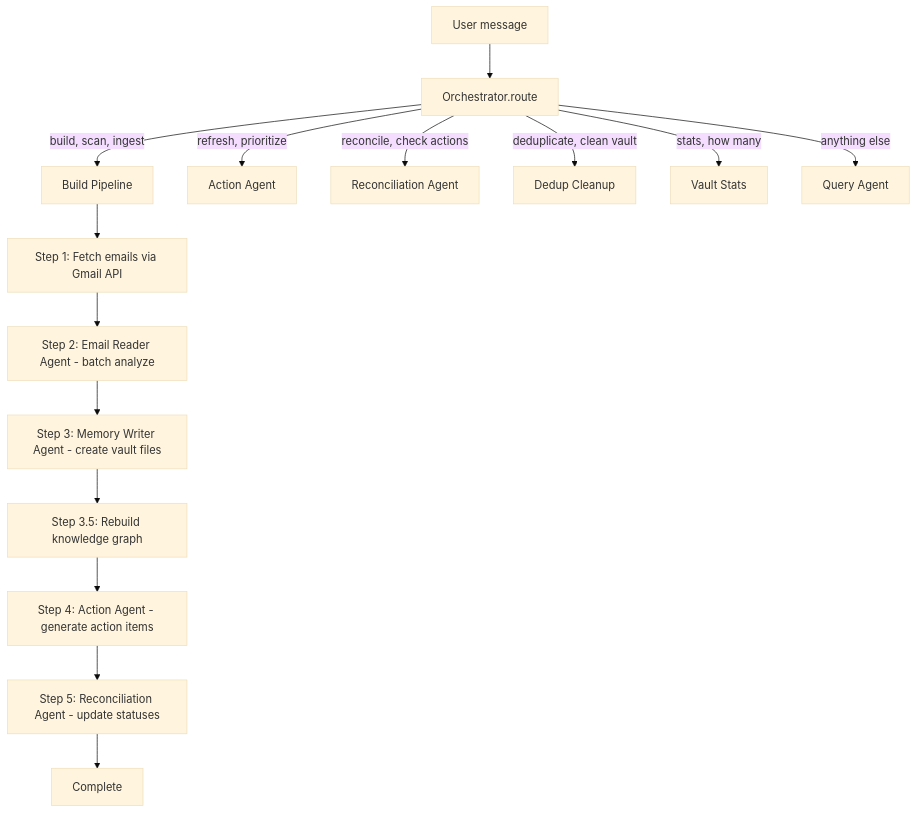
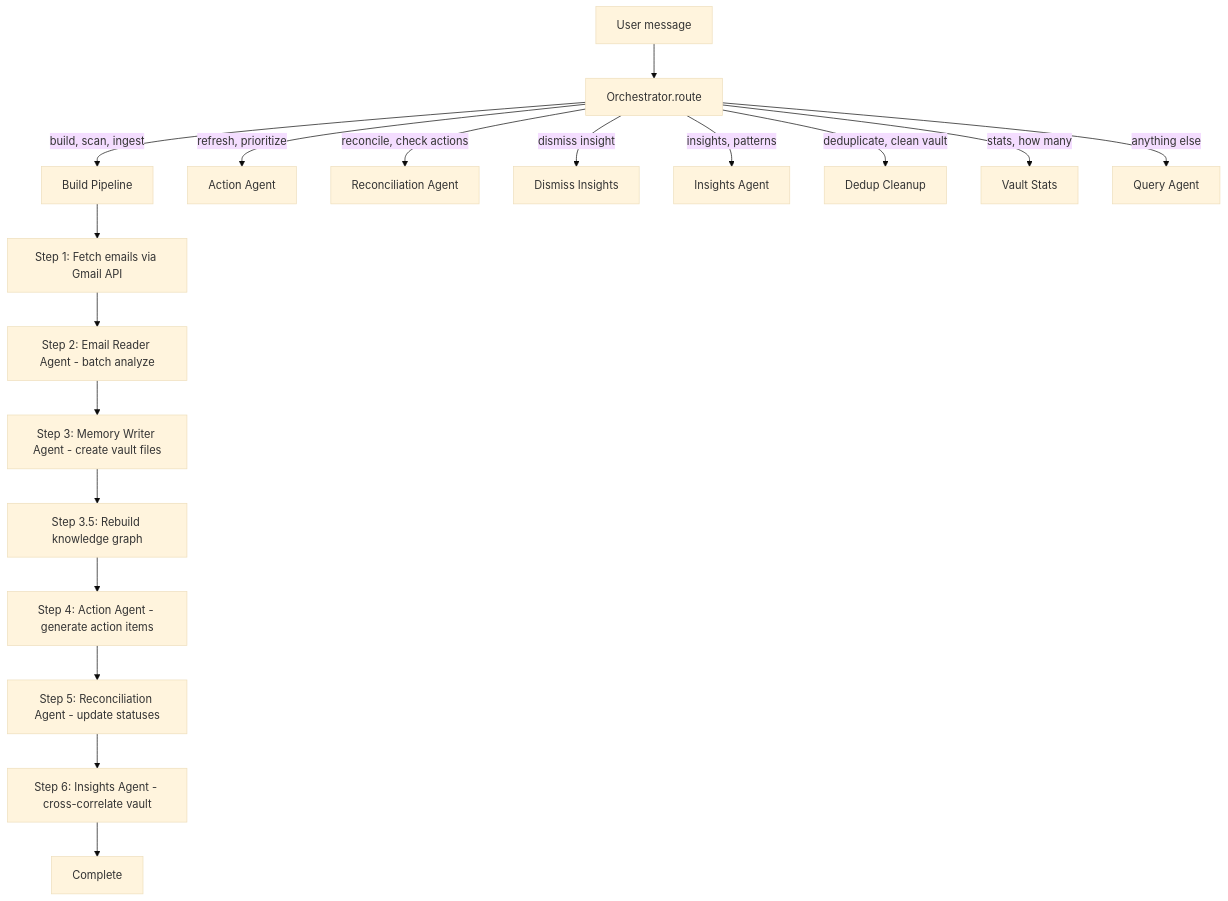
One commit to ifeanyi-okafor/email-memory-agent changed the second of 5 diagrams in docs/agentic-architecture.md. Above: the diagram before and after it, drawn with Mermaid (base theme). The commit also changed other lines of this file and 8 other files, not shown here.

````diff
--- a/docs/agentic-architecture.md
+++ b/docs/agentic-architecture.md
@@ -87,18 +100,21 @@
 ```mermaid
 flowchart TD
     USER[User message] --> ORCH[Orchestrator.route]
     ORCH -->|"build, scan, ingest"| BUILD[Build Pipeline]
     ORCH -->|"refresh, prioritize"| REFRESH[Action Agent]
     ORCH -->|"reconcile, check actions"| RECONCILE[Reconciliation Agent]
+    ORCH -->|"dismiss insight"| DISMISS[Dismiss Insights]
+    ORCH -->|"insights, patterns"| INSIGHTS[Insights Agent]
     ORCH -->|"deduplicate, clean vault"| DEDUP[Dedup Cleanup]
     ORCH -->|"stats, how many"| STATS[Vault Stats]
     ORCH -->|anything else| QUERY[Query Agent]
 
     BUILD --> B1[Step 1: Fetch emails via Gmail API]
     B1 --> B2[Step 2: Email Reader Agent - batch analyze]
     B2 --> B3[Step 3: Memory Writer Agent - create vault files]
     B3 --> B4[Step 3.5: Rebuild knowledge graph]
     B4 --> B5[Step 4: Action Agent - generate action items]
     B5 --> B6[Step 5: Reconciliation Agent - update statuses]
-    B6 --> DONE[Complete]
+    B6 --> B7[Step 6: Insights Agent - cross-correlate vault]
+    B7 --> DONE[Complete]
 ```
````
